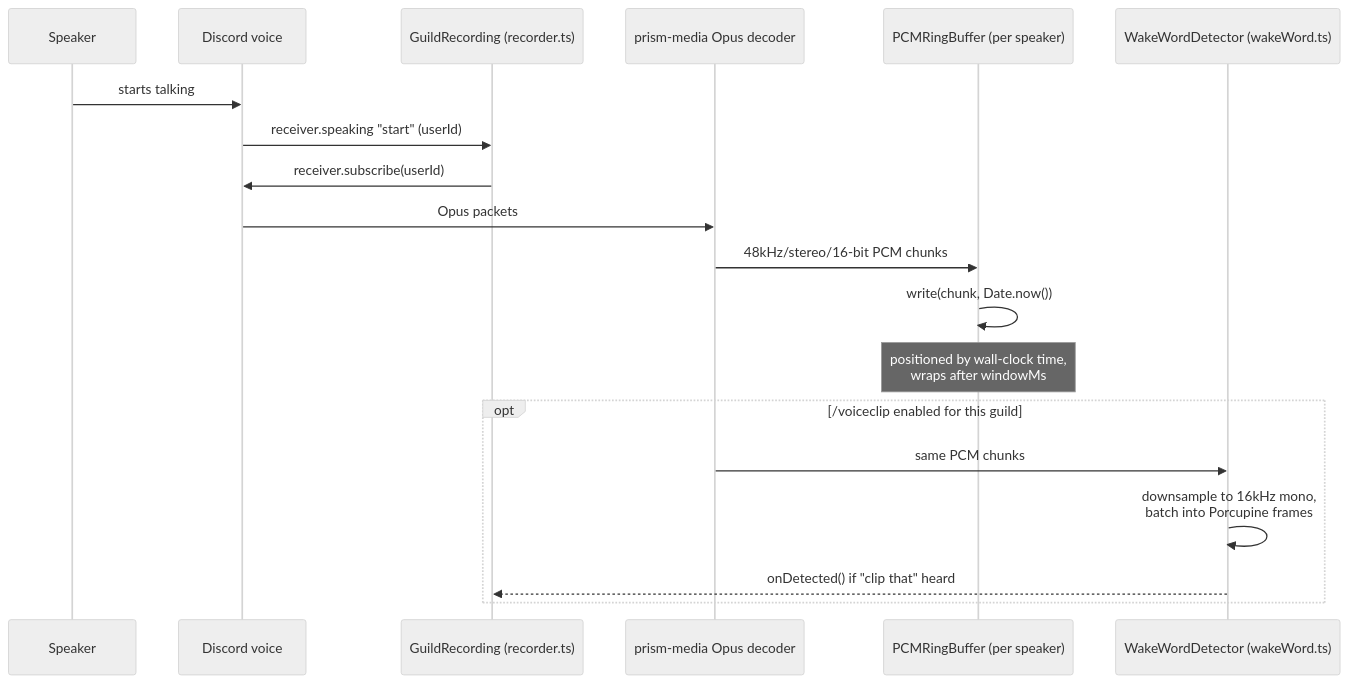
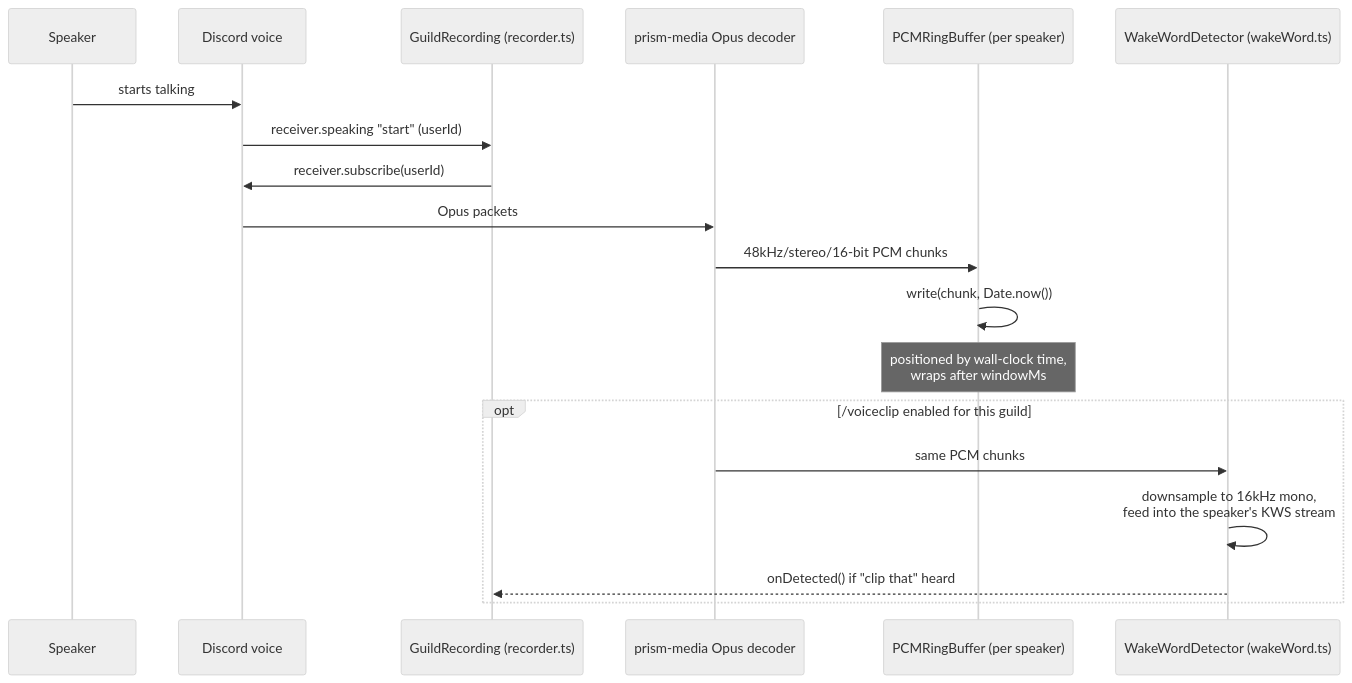
One commit to TheJenos/discord-audio-clipper changed the second of 3 diagrams in docs/GUIDE.md. Above: the diagram before and after it, drawn with Mermaid (neutral theme). The commit also changed other lines of this file and 9 other files, not shown here.

````diff
--- a/docs/GUIDE.md
+++ b/docs/GUIDE.md
@@ -117,22 +118,22 @@
 ```mermaid
 sequenceDiagram
     participant U as Speaker
     participant DC as Discord voice
     participant R as GuildRecording (recorder.ts)
     participant D as prism-media Opus decoder
     participant RB as PCMRingBuffer (per speaker)
     participant W as WakeWordDetector (wakeWord.ts)
 
     U->>DC: starts talking
     DC->>R: receiver.speaking "start" (userId)
     R->>DC: receiver.subscribe(userId)
     DC->>D: Opus packets
     D->>RB: 48kHz/stereo/16-bit PCM chunks
     RB->>RB: write(chunk, Date.now())
     Note over RB: positioned by wall-clock time,<br/>wraps after windowMs
     opt /voiceclip enabled for this guild
         D->>W: same PCM chunks
-        W->>W: downsample to 16kHz mono,<br/>batch into Porcupine frames
+        W->>W: downsample to 16kHz mono,<br/>feed into the speaker's KWS stream
         W-->>R: onDetected() if "clip that" heard
     end
 ```
````
